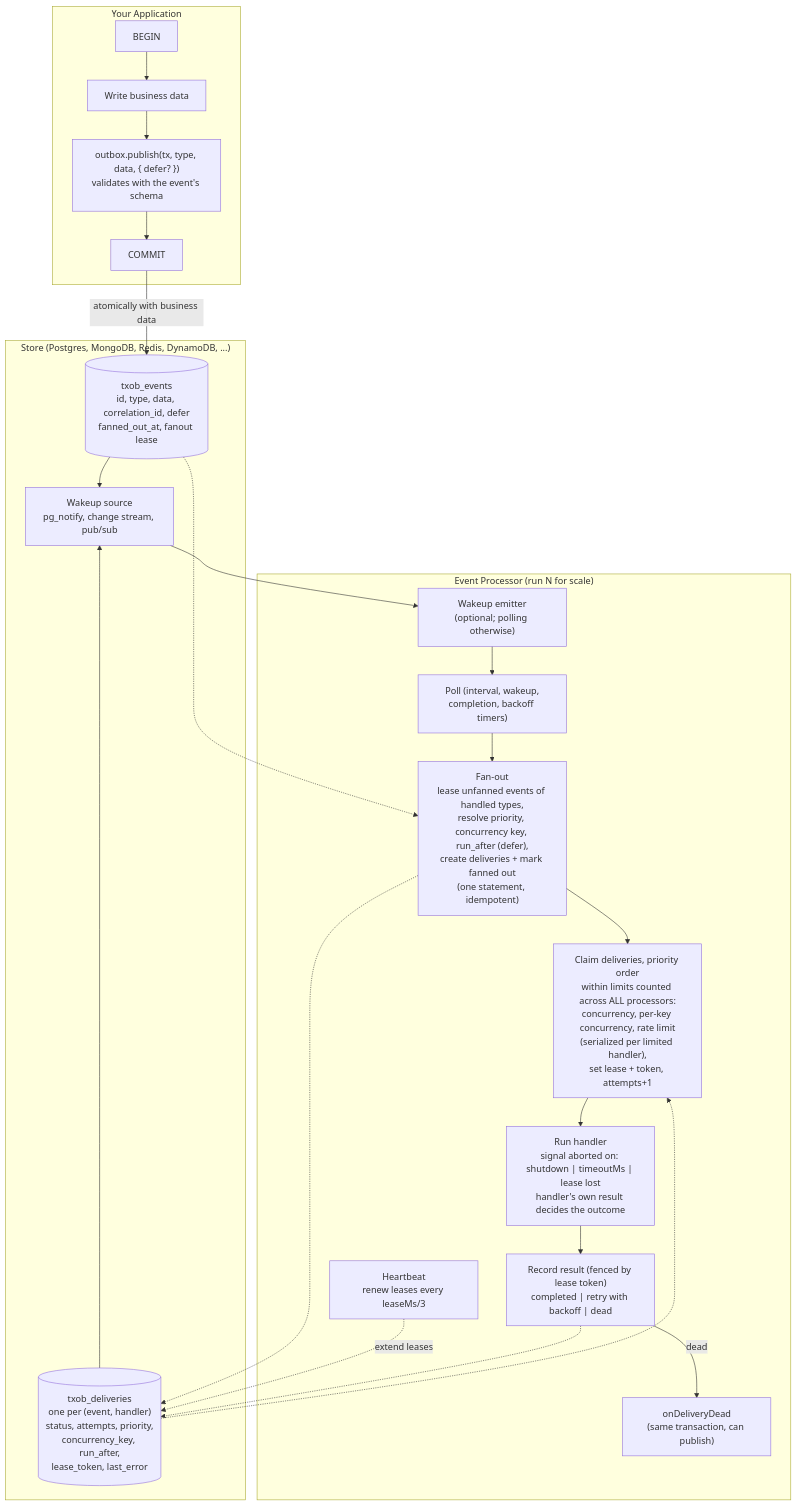
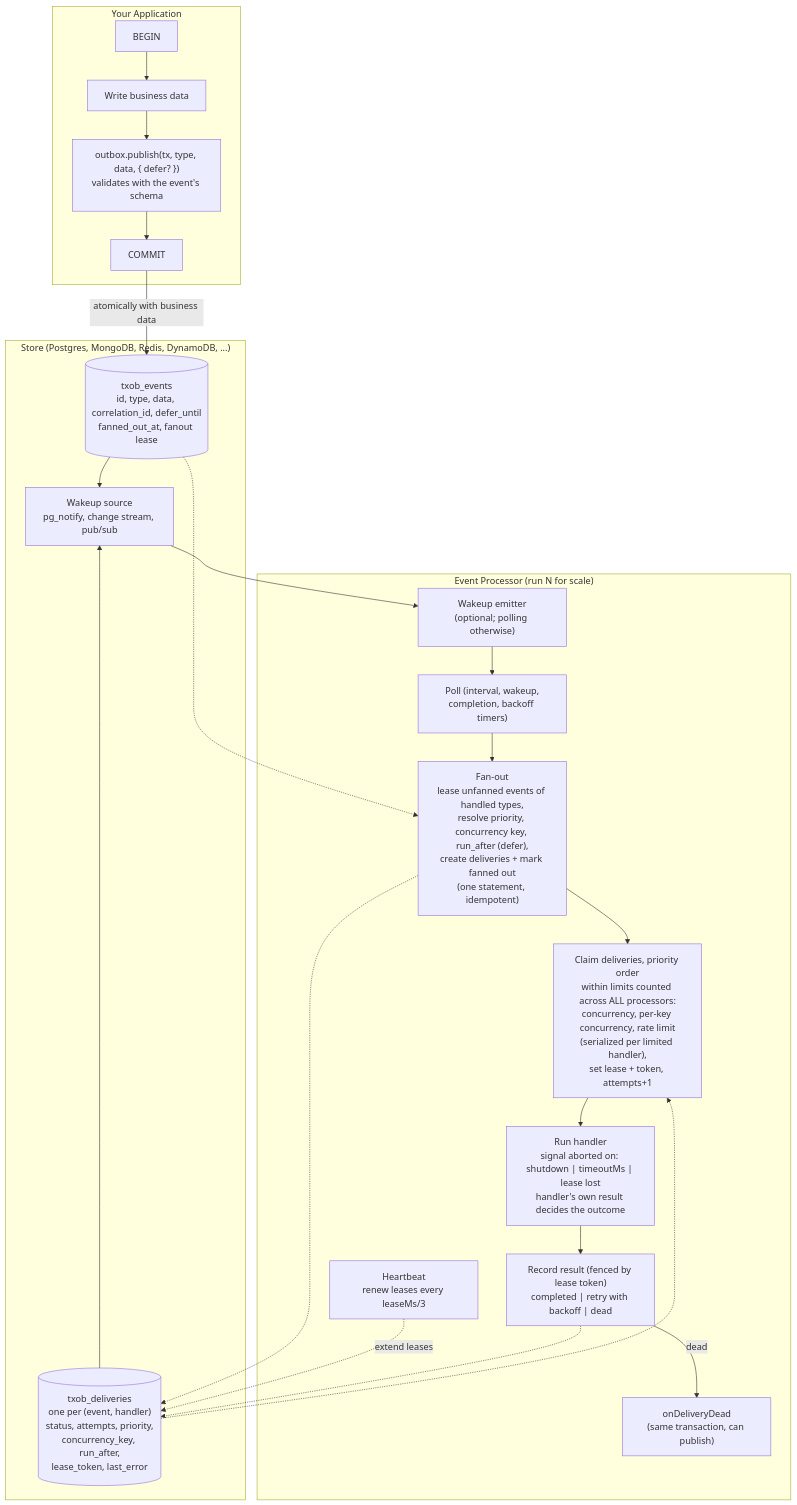
The diagram in architecture.mmd (osbytes/txob), drawn with Mermaid before and after one commit. The commit also changed 21 other files, not shown here.

First line of the commit message:
refactor: store publish-time defer as a defer_until timestamp

```diff
--- a/architecture.mmd
+++ b/architecture.mmd
@@ -1,39 +1,39 @@
 graph TB
     subgraph Application["Your Application"]
         AppTx["BEGIN"]
         AppData["Write business data"]
         AppPublish["outbox.publish(tx, type, data, { defer? })<br/>validates with the event's schema"]
         AppCommit["COMMIT"]
         AppTx --> AppData --> AppPublish --> AppCommit
     end
 
     subgraph Database["Store (Postgres, MongoDB, Redis, DynamoDB, ...)"]
-        Events[("txob_events<br/>id, type, data, correlation_id, defer<br/>fanned_out_at, fanout lease")]
+        Events[("txob_events<br/>id, type, data, correlation_id, defer_until<br/>fanned_out_at, fanout lease")]
         Deliveries[("txob_deliveries<br/>one per (event, handler)<br/>status, attempts, priority,<br/>concurrency_key, run_after,<br/>lease_token, last_error")]
         Notify["Wakeup source<br/>pg_notify, change stream, pub/sub"]
     end
 
     AppCommit -->|"atomically with business data"| Events
     Events --> Notify
     Deliveries --> Notify
 
     subgraph Processor["Event Processor (run N for scale)"]
         Wakeup["Wakeup emitter<br/>(optional; polling otherwise)"]
         Poll["Poll (interval, wakeup,<br/>completion, backoff timers)"]
         Fanout["Fan-out<br/>lease unfanned events of handled types,<br/>resolve priority, concurrency key, run_after (defer),<br/>create deliveries + mark fanned out<br/>(one statement, idempotent)"]
         Claim["Claim deliveries, priority order<br/>within limits counted across ALL processors:<br/>concurrency, per-key concurrency, rate limit<br/>(serialized per limited handler),<br/>set lease + token, attempts+1"]
         Run["Run handler<br/>signal aborted on: shutdown | timeoutMs | lease lost<br/>handler's own result decides the outcome"]
         Heartbeat["Heartbeat<br/>renew leases every leaseMs/3"]
         Record["Record result (fenced by lease token)<br/>completed | retry with backoff | dead"]
         DeadHook["onDeliveryDead<br/>(same transaction, can publish)"]
     end
 
     Notify --> Wakeup --> Poll
     Poll --> Fanout --> Claim
     Events -.-> Fanout
     Fanout -.-> Deliveries
     Deliveries -.-> Claim
     Claim --> Run --> Record
     Heartbeat -.->|"extend leases"| Deliveries
     Record -->|"dead"| DeadHook
     Record -.-> Deliveries
```
